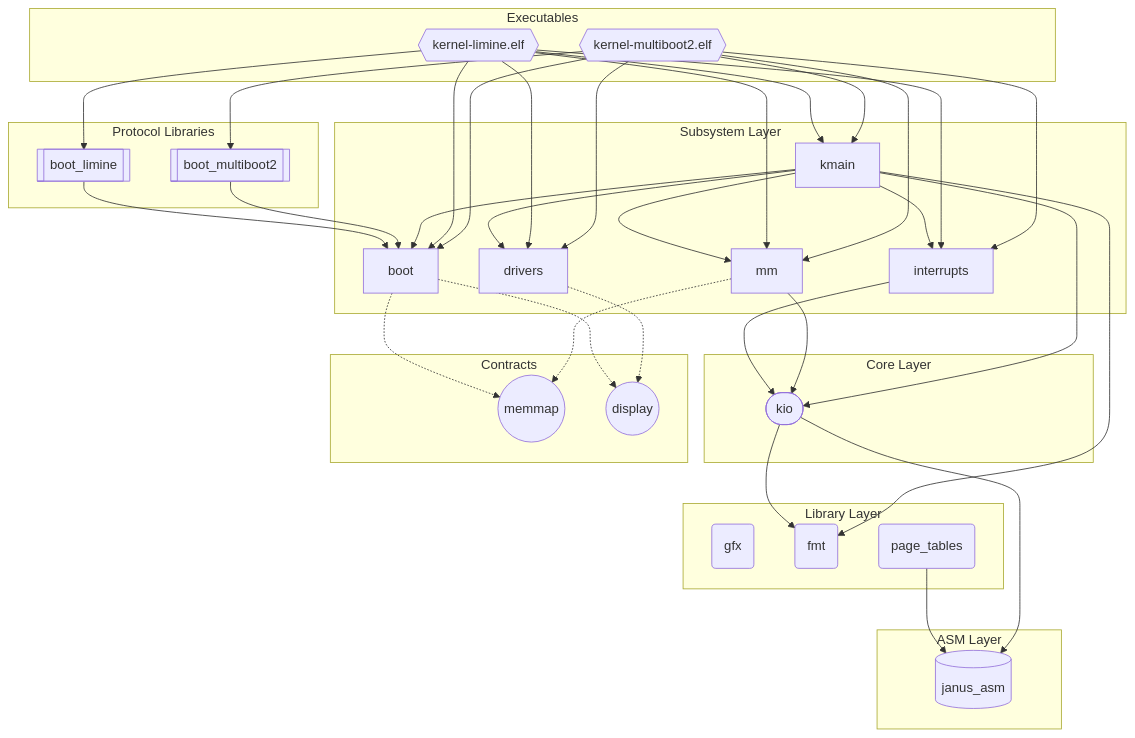
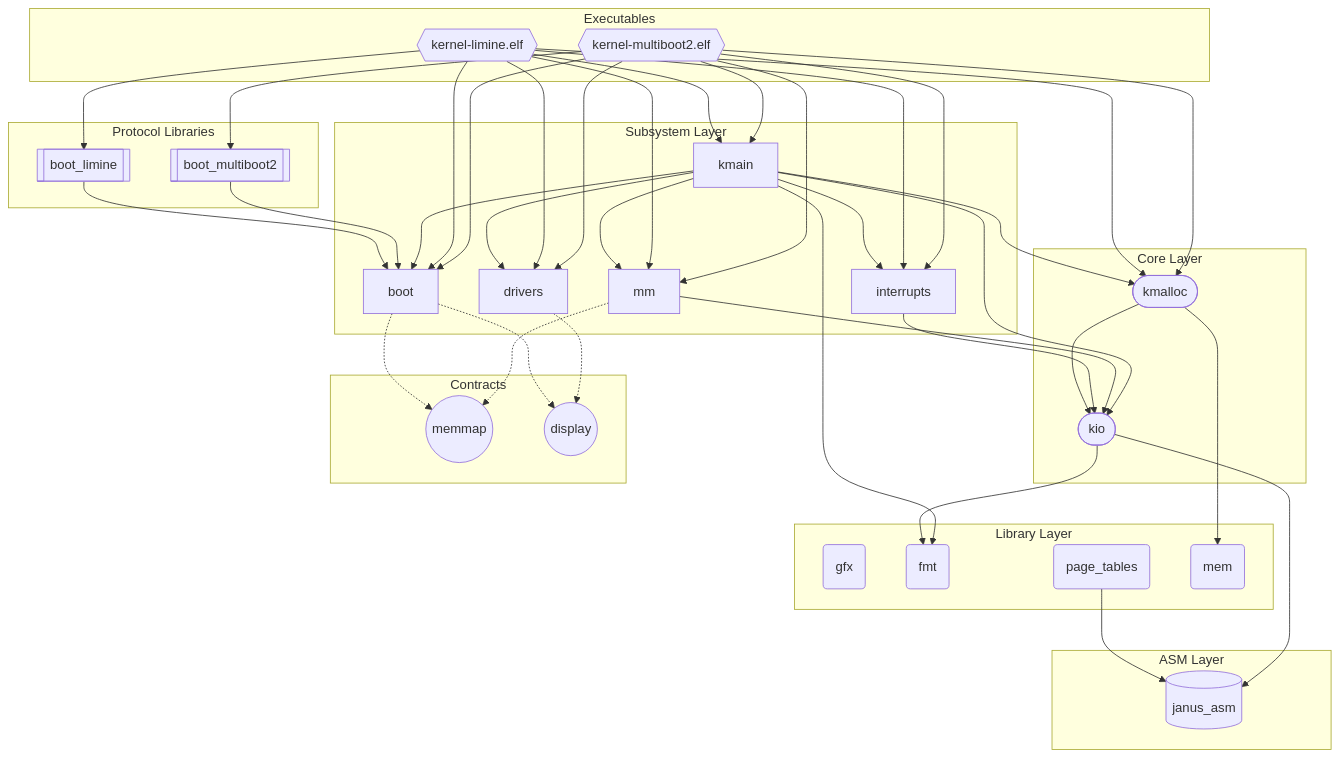
The diagram in docs/generated/deps-x86_64.md (FrederikTobner/JANUS), drawn with Mermaid before and after one commit. The commit also changed 24 other files, not shown here.

````diff
--- a/docs/generated/deps-x86_64.md
+++ b/docs/generated/deps-x86_64.md
@@ -3,62 +3,69 @@
 ```mermaid
 graph TD
   subgraph library_layer["Library Layer"]
     gfx("gfx")
     fmt("fmt")
     page_tables("page_tables")
+    mem("mem")
   end
   subgraph core_layer["Core Layer"]
     kio(["kio"])
+    kmalloc(["kmalloc"])
   end
   subgraph subsystem_layer["Subsystem Layer"]
     boot["boot"]
     drivers["drivers"]
     interrupts["interrupts"]
     mm["mm"]
     kmain["kmain"]
   end
   subgraph protocol_libraries["Protocol Libraries"]
     boot_limine[["boot_limine"]]
     boot_multiboot2[["boot_multiboot2"]]
   end
   subgraph executables["Executables"]
     kernel_limine_elf{{"kernel-limine.elf"}}
     kernel_multiboot2_elf{{"kernel-multiboot2.elf"}}
   end
   subgraph asm_layer["ASM Layer"]
     janus_asm[("janus_asm")]
   end
   subgraph contracts["Contracts"]
     janus_contract_memmap(("memmap"))
     janus_contract_display(("display"))
   end
   page_tables --> janus_asm
   kio --> fmt
   kio --> janus_asm
+  kmalloc --> mem
+  kmalloc --> kio
   boot -.-> janus_contract_memmap
   boot -.-> janus_contract_display
   boot_limine --> boot
   boot_multiboot2 --> boot
   drivers -.-> janus_contract_display
   interrupts --> kio
   mm --> kio
   mm -.-> janus_contract_memmap
   kmain --> drivers
   kmain --> boot
   kmain --> fmt
   kmain --> interrupts
   kmain --> kio
+  kmain --> kmalloc
   kmain --> mm
   kernel_limine_elf --> boot
   kernel_limine_elf --> boot_limine
   kernel_limine_elf --> drivers
   kernel_limine_elf --> interrupts
+  kernel_limine_elf --> kmalloc
   kernel_limine_elf --> mm
   kernel_limine_elf --> kmain
   kernel_multiboot2_elf --> boot
   kernel_multiboot2_elf --> boot_multiboot2
   kernel_multiboot2_elf --> drivers
   kernel_multiboot2_elf --> interrupts
+  kernel_multiboot2_elf --> kmalloc
   kernel_multiboot2_elf --> mm
   kernel_multiboot2_elf --> kmain
 ```
````
